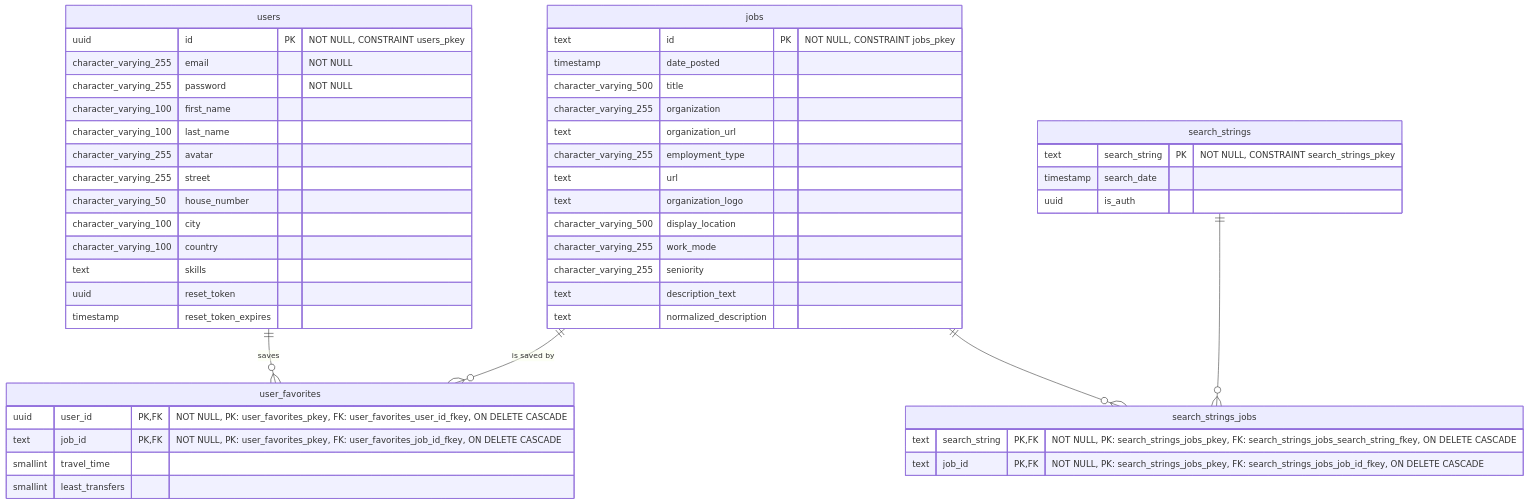
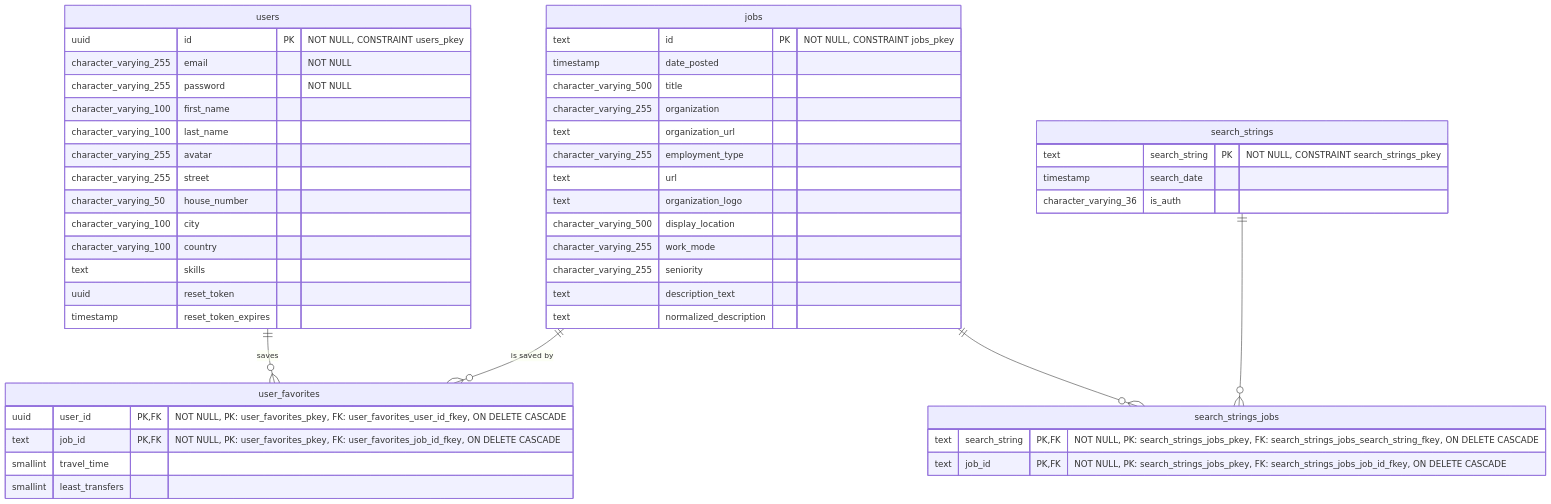
One commit to YahyaAl-Ademi/2025.10.23-JobCompass changed the diagram in documentation/ERD.md. Above: the diagram before and after it, drawn with Mermaid. The commit also changed 2 other files, not shown here.

Commit message:
Update search_strings table: change is_auth column type to character varying(36) and update ERD documentation

````diff
--- a/documentation/ERD.md
+++ b/documentation/ERD.md
@@ -5,57 +5,57 @@
 ```mermaid
 erDiagram
     users ||--o{ user_favorites : "saves"
     jobs ||--o{ user_favorites : "is saved by"
     search_strings ||--o{ search_strings_jobs : ""
     jobs ||--o{ search_strings_jobs : ""
 
     users {
         uuid id PK "NOT NULL, CONSTRAINT users_pkey"
         character_varying_255 email "NOT NULL"
         character_varying_255 password "NOT NULL"
         character_varying_100 first_name
         character_varying_100 last_name
         character_varying_255 avatar
         character_varying_255 street
         character_varying_50 house_number
         character_varying_100 city
         character_varying_100 country
         text skills
         uuid reset_token
         timestamp reset_token_expires
     }
 
     jobs {
         text id PK "NOT NULL, CONSTRAINT jobs_pkey"
         timestamp date_posted
         character_varying_500 title
         character_varying_255 organization
         text organization_url
         character_varying_255 employment_type
         text url
         text organization_logo
         character_varying_500 display_location
         character_varying_255 work_mode
         character_varying_255 seniority
         text description_text
         text normalized_description
     }
 
     user_favorites {
         uuid user_id PK,FK "NOT NULL, PK: user_favorites_pkey, FK: user_favorites_user_id_fkey, ON DELETE CASCADE"
         text job_id PK,FK "NOT NULL, PK: user_favorites_pkey, FK: user_favorites_job_id_fkey, ON DELETE CASCADE"
         smallint travel_time
         smallint least_transfers
     }
 
     search_strings {
         text search_string PK "NOT NULL, CONSTRAINT search_strings_pkey"
         timestamp search_date
-        uuid is_auth
+        character_varying_36 is_auth
     }
 
     search_strings_jobs {
         text search_string PK,FK "NOT NULL, PK: search_strings_jobs_pkey, FK: search_strings_jobs_search_string_fkey, ON DELETE CASCADE"
         text job_id PK,FK "NOT NULL, PK: search_strings_jobs_pkey, FK: search_strings_jobs_job_id_fkey, ON DELETE CASCADE"
     }
 ```
````
